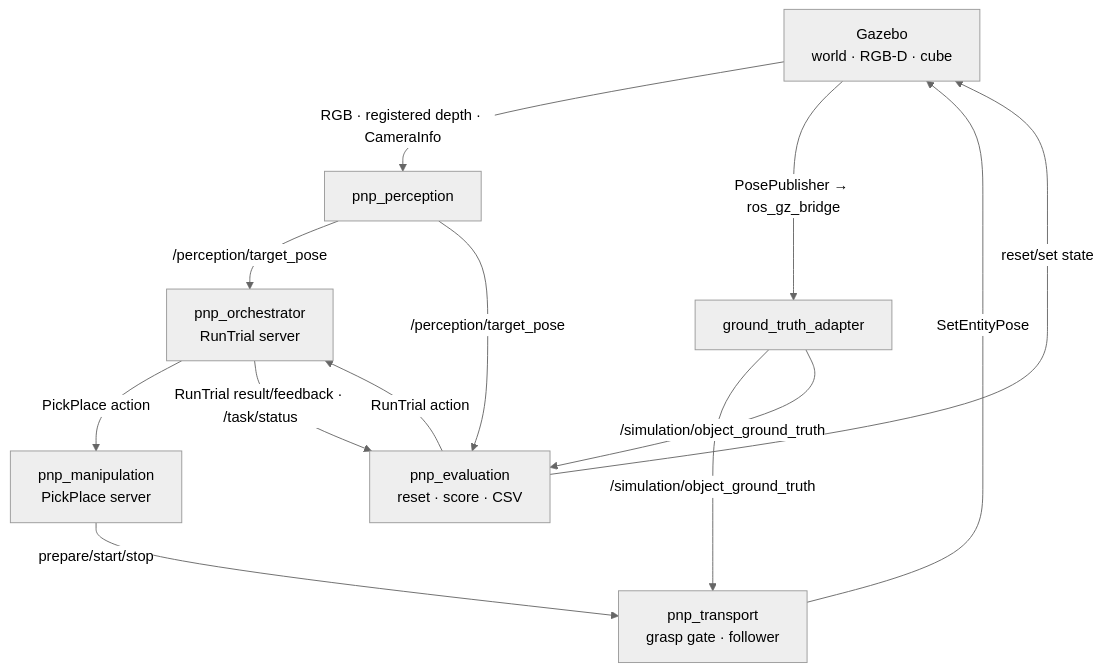
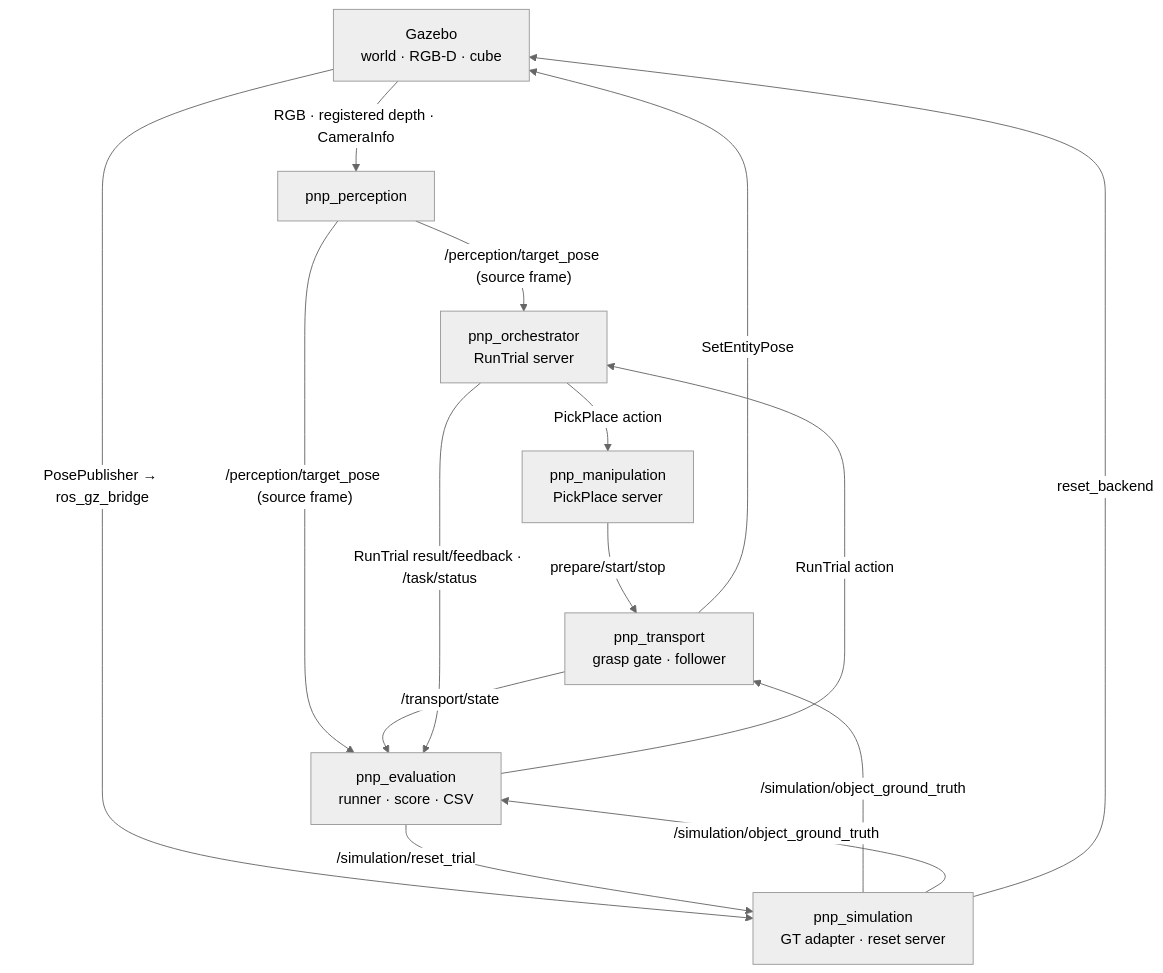
The diagram in curriculum.md (GIST-ISAAC-Robotics/2026-pnp-study), drawn with Mermaid (neutral theme) before and after one commit. The commit also changed other lines of this file, not shown here.

````diff
--- a/curriculum.md
+++ b/curriculum.md
@@ -431,23 +436,25 @@
 ```mermaid
 flowchart TD
     G["Gazebo<br>world · RGB-D · cube"]
-    A["ground_truth_adapter"]
+    S["pnp_simulation<br>GT adapter · reset server"]
     P["pnp_perception"]
-    E["pnp_evaluation<br>reset · score · CSV"]
+    E["pnp_evaluation<br>runner · score · CSV"]
     O["pnp_orchestrator<br>RunTrial server"]
     M["pnp_manipulation<br>PickPlace server"]
     T["pnp_transport<br>grasp gate · follower"]
 
     G -->|"RGB · registered depth · CameraInfo"| P
-    G -->|"PosePublisher → ros_gz_bridge"| A
-    A -->|"/simulation/object_ground_truth"| T
-    A -->|"/simulation/object_ground_truth"| E
-    P -->|"/perception/target_pose"| O
-    P -->|"/perception/target_pose"| E
-    E -->|"reset/set state"| G
+    G -->|"PosePublisher → ros_gz_bridge"| S
+    S -->|"/simulation/object_ground_truth"| T
+    S -->|"/simulation/object_ground_truth"| E
+    P -->|"/perception/target_pose (source frame)"| O
+    P -->|"/perception/target_pose (source frame)"| E
+    E -->|"/simulation/reset_trial"| S
+    S -->|"reset_backend"| G
     E -->|"RunTrial action"| O
     O -->|"PickPlace action"| M
     M -->|"prepare/start/stop"| T
     T -->|"SetEntityPose"| G
+    T -->|"/transport/state"| E
     O -->|"RunTrial result/feedback · /task/status"| E
 ```
````
